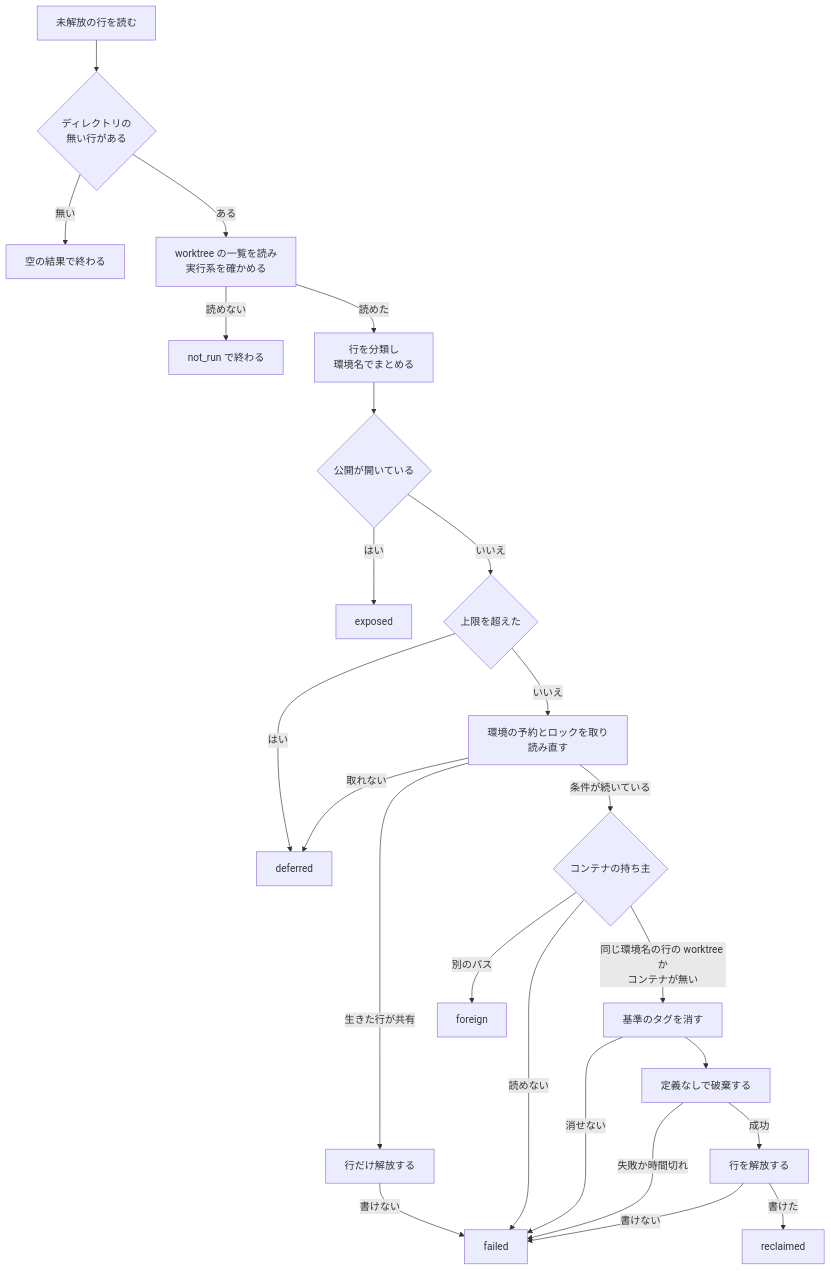
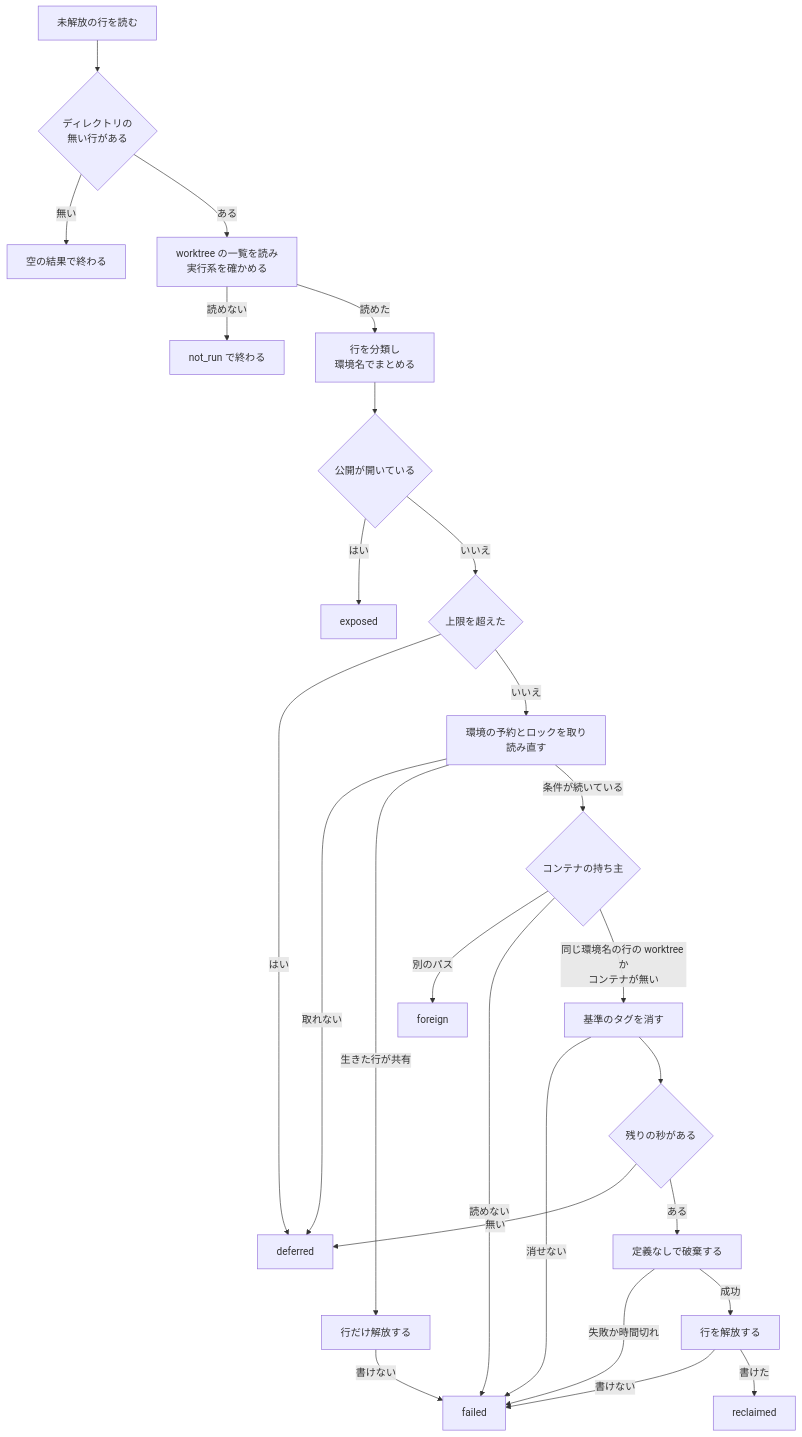
One commit to devbasex/ai-plugins changed the third of 5 diagrams in issues/issue-2660-design.md. Above: the diagram before and after it, drawn with Mermaid. The commit also changed other lines of this file, not shown here.

````diff
--- a/issues/issue-2660-design.md
+++ b/issues/issue-2660-design.md
@@ -383,26 +409,28 @@
 ```mermaid
 graph TD
     A[未解放の行を読む] --> B{ディレクトリの<br/>無い行がある}
     B -->|無い| Z[空の結果で終わる]
     B -->|ある| C[worktree の一覧を読み<br/>実行系を確かめる]
     C -->|読めない| N[not_run で終わる]
     C -->|読めた| D[行を分類し<br/>環境名でまとめる]
     D --> E{公開が開いている}
     E -->|はい| X[exposed]
     E -->|いいえ| F{上限を超えた}
     F -->|はい| Y[deferred]
     F -->|いいえ| G[環境の予約とロックを取り<br/>読み直す]
     G -->|取れない| Y
     G -->|生きた行が共有| H[行だけ解放する]
     G -->|条件が続いている| P{コンテナの持ち主}
     P -->|別のパス| Q[foreign]
     P -->|読めない| J
     P -->|同じ環境名の行の worktree か<br/>コンテナが無い| I[基準のタグを消す]
     I -->|消せない| J[failed]
-    I --> K[定義なしで破棄する]
+    I --> R{残りの秒がある}
+    R -->|無い| Y
+    R -->|ある| K[定義なしで破棄する]
     K -->|失敗か時間切れ| J
     K -->|成功| L[行を解放する]
     L -->|書けない| J
     L -->|書けた| M[reclaimed]
     H -->|書けない| J
 ```
````
